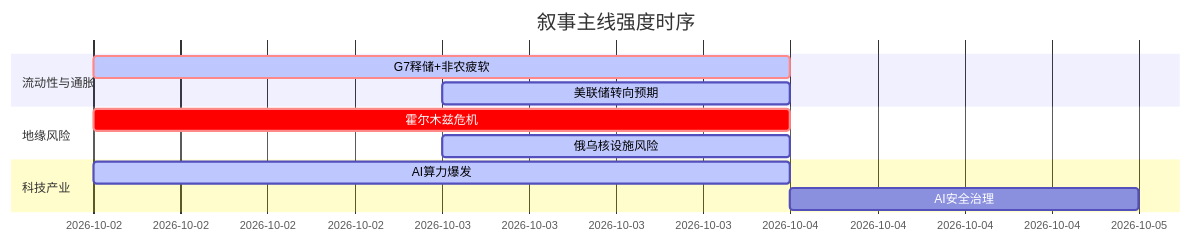
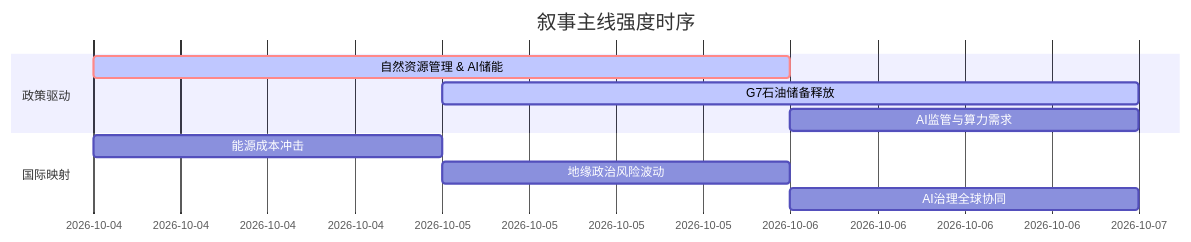
Before and after one commit to uu5zn/uu5zn.github.io: the diagram in 5day_report.md, drawn with Mermaid. The commit also changed other lines of this file and 23 other files, not shown here.

````diff
--- a/5day_report.md
+++ b/5day_report.md
@@ -58,16 +53,14 @@
 ```mermaid
 gantt
     title 叙事主线强度时序
-    dateFormat YYYY-MM-DD
-    section 流动性与通胀
-    G7释储+非农疲软   :crit, active, 2026-10-02, 2d
-    美联储转向预期     :active, 2026-10-03, 1d
+    dateFormat  YYYY-MM-DD
+    section 政策驱动
+    自然资源管理 & AI储能   :crit, active, 2026-10-04, 2d
+    G7石油储备释放         :active, 2026-10-05, 1.5d
+    AI监管与算力需求          :2026-10-06, 1d
     
-    section 地缘风险
-    霍尔木兹危机       :crit, 2026-10-02, 2d
-    俄乌核设施风险     :active, 2026-10-03, 1d
-    
-    section 科技产业
-    AI算力爆发         :active, 2026-10-02, 2d
-    AI安全治理         :2026-10-04, 1d
+    section 国际映射
+    能源成本冲击               :2026-10-04, 1d
+    地缘政治风险波动           :2026-10-05, 1d
+    AI治理全球协同             :2026-10-06, 0.5d
 ```
````
